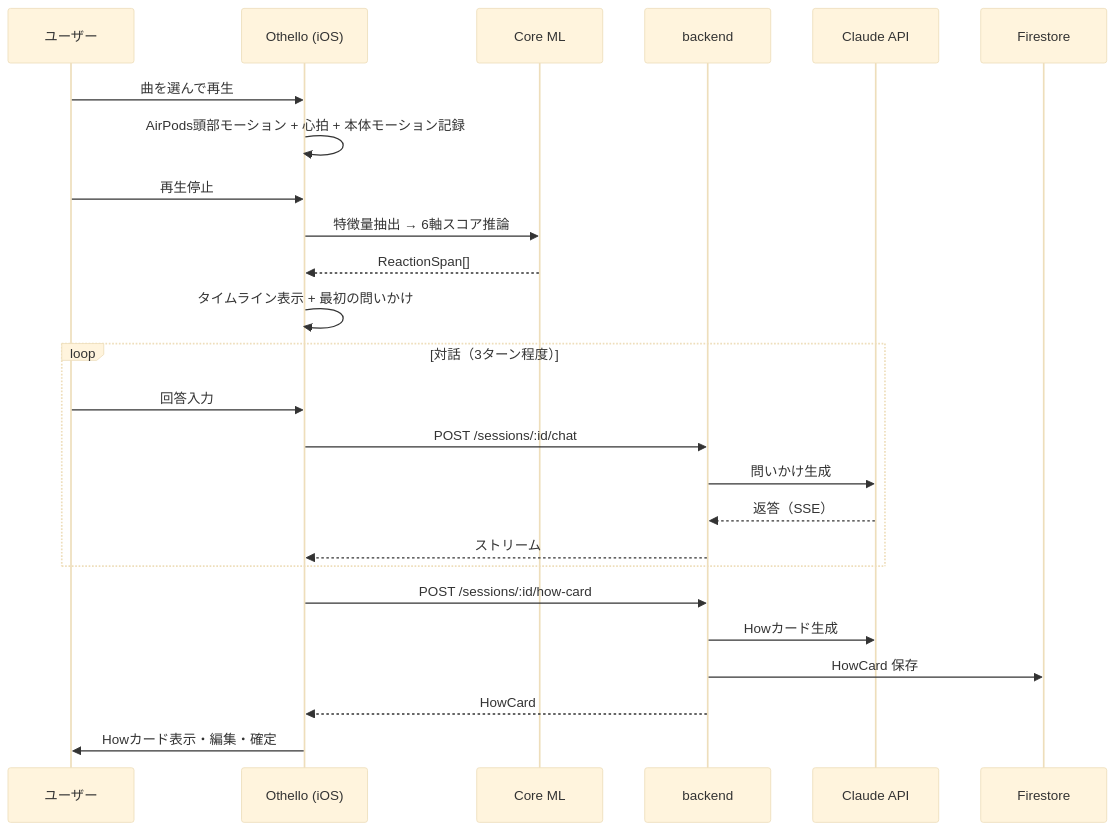
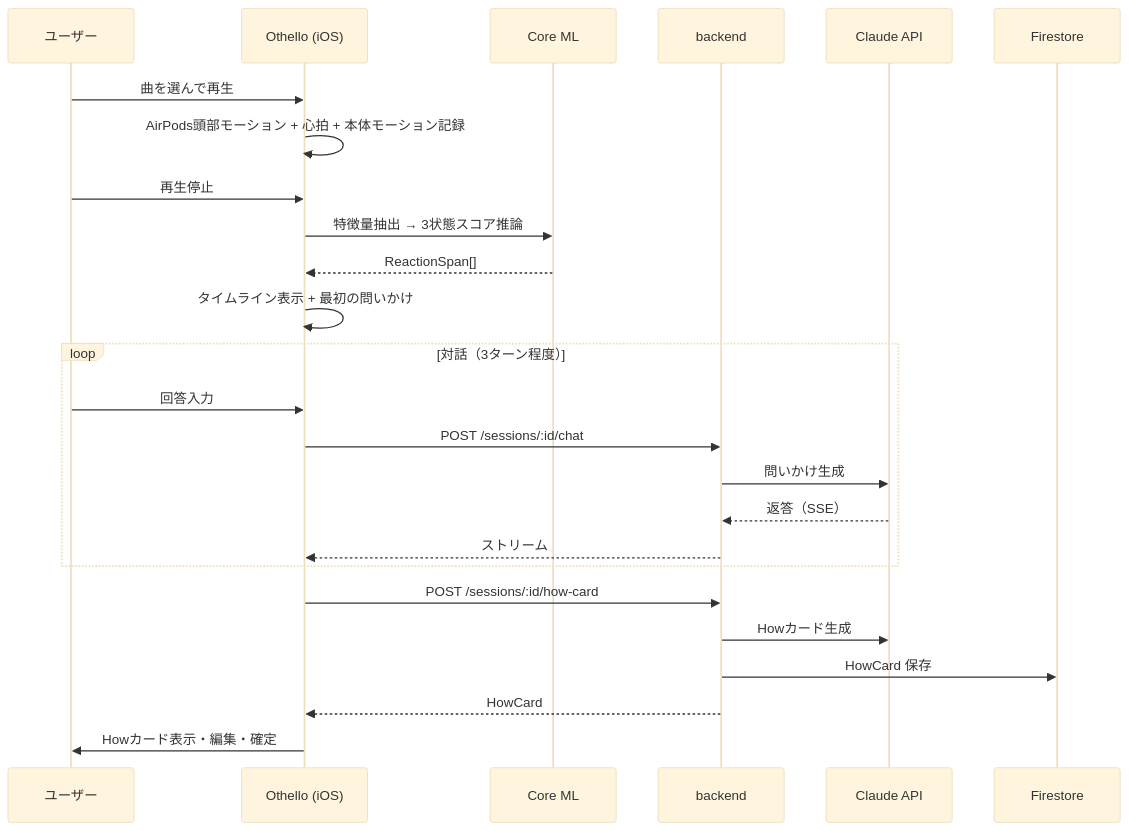
The third of 5 diagrams in docs/functional-design.md (engineer-guild-hackathon-2026-05/team-10), drawn with Mermaid (base theme) before and after one commit. The commit also changed other lines of this file and 26 other files, not shown here.

````diff
--- a/docs/functional-design.md
+++ b/docs/functional-design.md
@@ -202,28 +202,28 @@
 ```mermaid
 sequenceDiagram
     participant U as ユーザー
     participant App as Othello (iOS)
     participant ML as Core ML
     participant BE as backend
     participant LLM as Claude API
     participant DB as Firestore
 
     U->>App: 曲を選んで再生
     App->>App: AirPods頭部モーション + 心拍 + 本体モーション記録
     U->>App: 再生停止
-    App->>ML: 特徴量抽出 → 6軸スコア推論
+    App->>ML: 特徴量抽出 → 3状態スコア推論
     ML-->>App: ReactionSpan[]
     App->>App: タイムライン表示 + 最初の問いかけ
     loop 対話（3ターン程度）
         U->>App: 回答入力
         App->>BE: POST /sessions/:id/chat
         BE->>LLM: 問いかけ生成
         LLM-->>BE: 返答（SSE）
         BE-->>App: ストリーム
     end
     App->>BE: POST /sessions/:id/how-card
     BE->>LLM: Howカード生成
     BE->>DB: HowCard 保存
     BE-->>App: HowCard
     App->>U: Howカード表示・編集・確定
 ```
````
